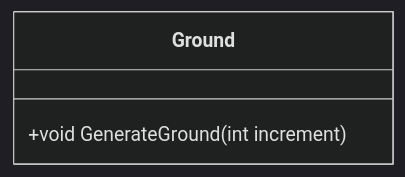
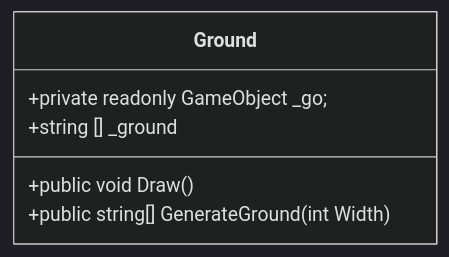
One commit to NexusWeave/MVP-FlappyBird-cs changed the sixth of 7 diagrams in dokumentasjon/diagram/klasse-diagram.md. Above: the diagram before and after it, drawn with Mermaid (dark theme). The commit also changed other lines of this file, not shown here.

Commit message:
Update klasse-diagram.md to enhance class definitions and methods

````diff
--- a/dokumentasjon/diagram/klasse-diagram.md
+++ b/dokumentasjon/diagram/klasse-diagram.md
@@ -87,8 +88,12 @@
 ```mermaid
     classDiagram
         direction TD
+        class Ground {
+            +private readonly GameObject _go;
 
-        class Ground {
-            +void GenerateGround(int increment)
+            +string [] _ground
+    
+            +public void Draw()
+            +public string[] GenerateGround(int Width)
         }
 ```
````
